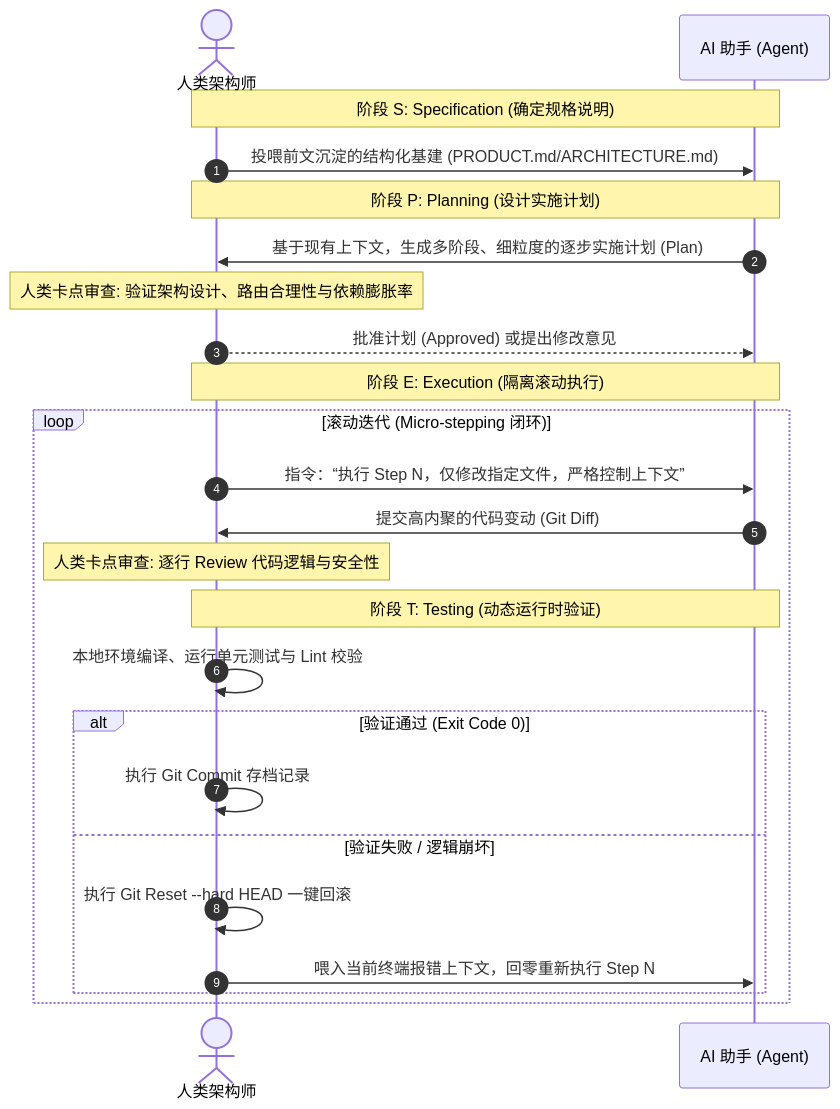
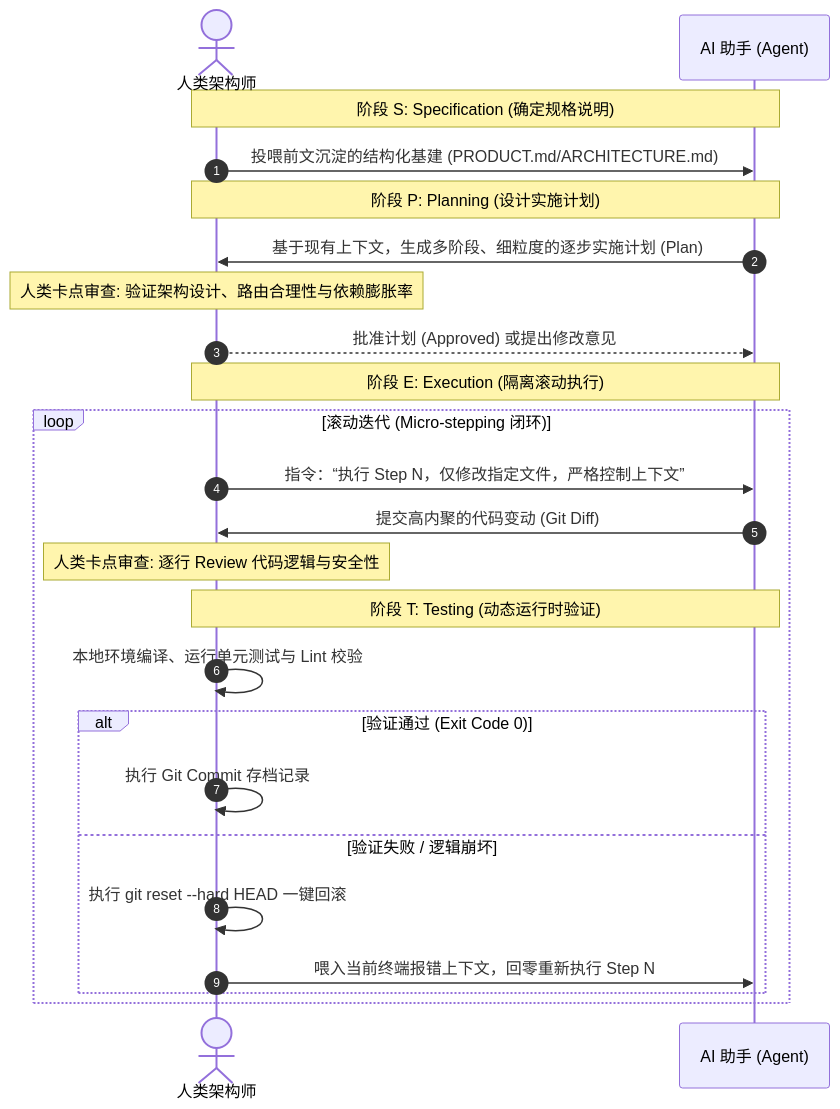
Before and after one commit to ruanqizhen/cocode: the first of 4 diagrams in docs/planning.md, drawn with Mermaid. The commit also changed 51 other files, not shown here.

````diff
--- a/docs/planning.md
+++ b/docs/planning.md
@@ -27,31 +27,31 @@
 ```mermaid
 sequenceDiagram
     autonumber
     actor Human as 人类架构师
     participant AI as AI 助手 (Agent)
     
     Note over Human, AI: 阶段 S: Specification (确定规格说明)
     Human->>AI: 投喂前文沉淀的结构化基建 (PRODUCT.md/ARCHITECTURE.md)
     
     Note over Human, AI: 阶段 P: Planning (设计实施计划)
     AI->>Human: 基于现有上下文，生成多阶段、细粒度的逐步实施计划 (Plan)
     Note over Human: 人类卡点审查: 验证架构设计、路由合理性与依赖膨胀率
     Human-->>AI: 批准计划 (Approved) 或提出修改意见
     
     Note over Human, AI: 阶段 E: Execution (隔离滚动执行)
     loop 滚动迭代 (Micro-stepping 闭环)
         Human->>AI: 指令：“执行 Step N，仅修改指定文件，严格控制上下文”
         AI->>Human: 提交高内聚的代码变动 (Git Diff)
         Note over Human: 人类卡点审查: 逐行 Review 代码逻辑与安全性
         
         Note over Human, AI: 阶段 T: Testing (动态运行时验证)
         Human->>Human: 本地环境编译、运行单元测试与 Lint 校验
         alt 验证通过 (Exit Code 0)
             Human->>Human: 执行 Git Commit 存档记录
         else 验证失败 / 逻辑崩坏
-            Human->>Human: 执行 Git Reset --hard HEAD 一键回滚
+            Human->>Human: 执行 git reset --hard HEAD 一键回滚
             Human->>AI: 喂入当前终端报错上下文，回零重新执行 Step N
         end
     end
 
 ```
````
